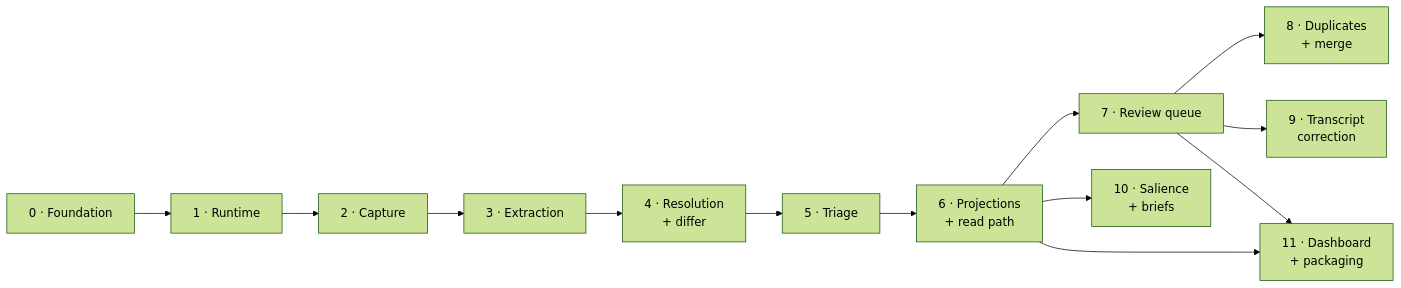
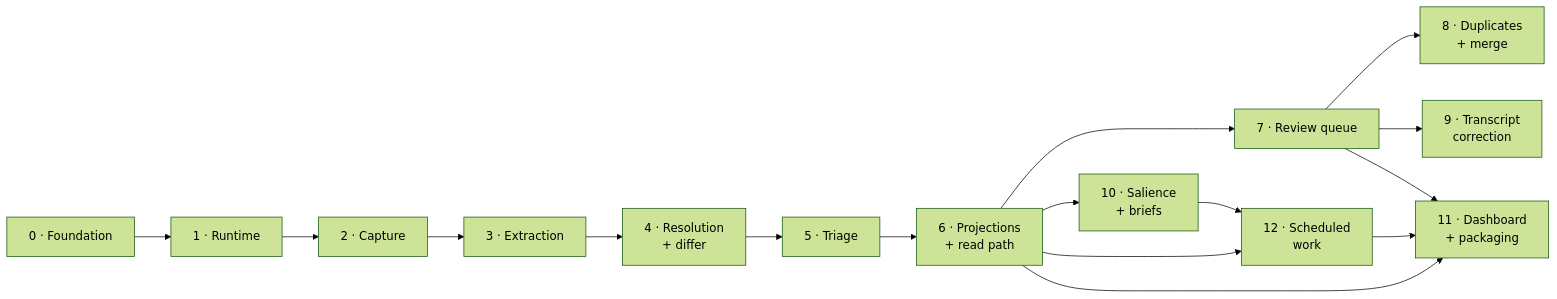
One commit to carlelieser/otto changed the diagram in docs/slices/README.md. Above: the diagram before and after it, drawn with Mermaid (forest theme). The commit also changed other lines of this file and 3 other files, not shown here.

````diff
--- a/docs/slices/README.md
+++ b/docs/slices/README.md
@@ -36,10 +37,13 @@
 ```mermaid
 flowchart LR
     S0["0 · Foundation"] --> S1["1 · Runtime"] --> S2["2 · Capture"] --> S3["3 · Extraction"] --> S4["4 · Resolution<br/>+ differ"] --> S5["5 · Triage"] --> S6["6 · Projections<br/>+ read path"]
     S6 --> S7["7 · Review queue"]
     S6 --> S10["10 · Salience<br/>+ briefs"]
     S7 --> S8["8 · Duplicates<br/>+ merge"]
     S7 --> S9["9 · Transcript<br/>correction"]
+    S6 --> S12["12 · Scheduled<br/>work"]
+    S10 --> S12
     S6 --> S11["11 · Dashboard<br/>+ packaging"]
     S7 --> S11
+    S12 --> S11
 ```
````
